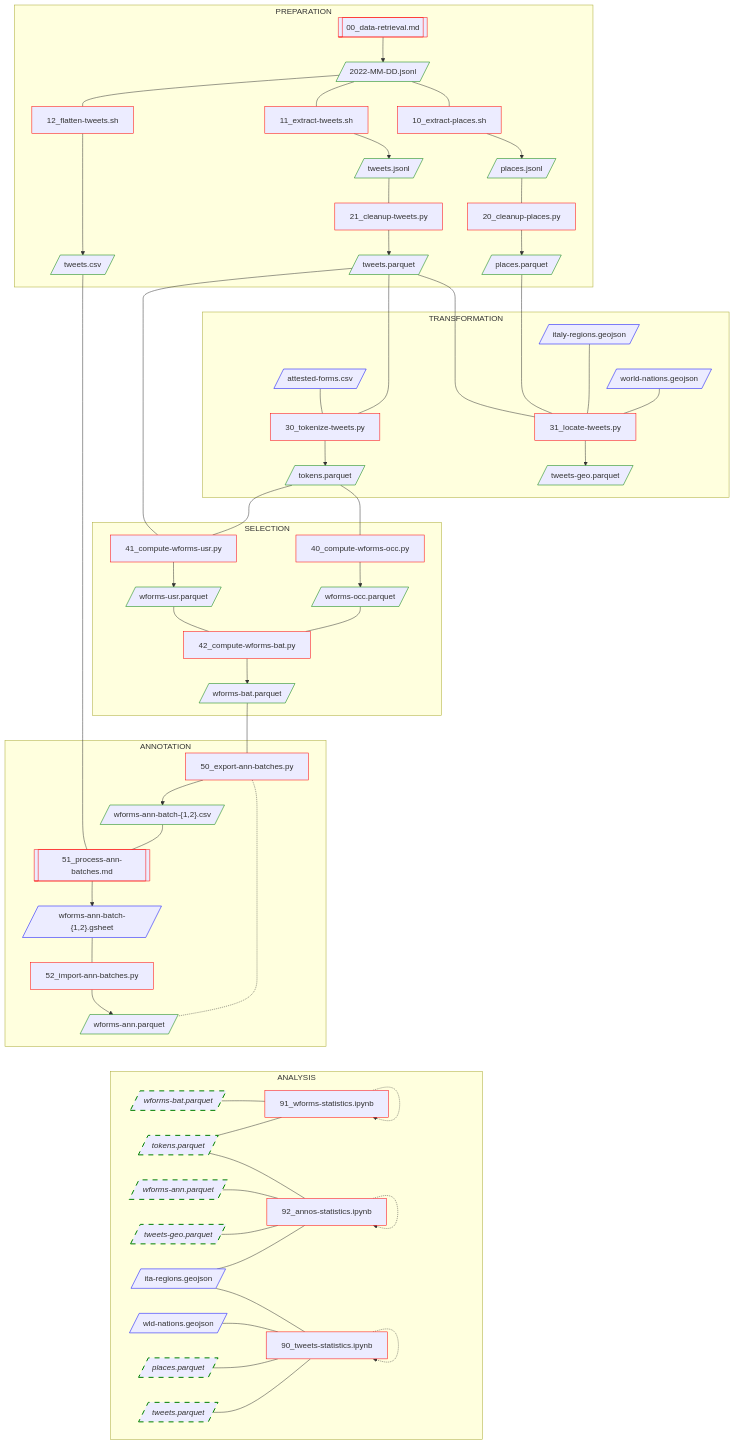
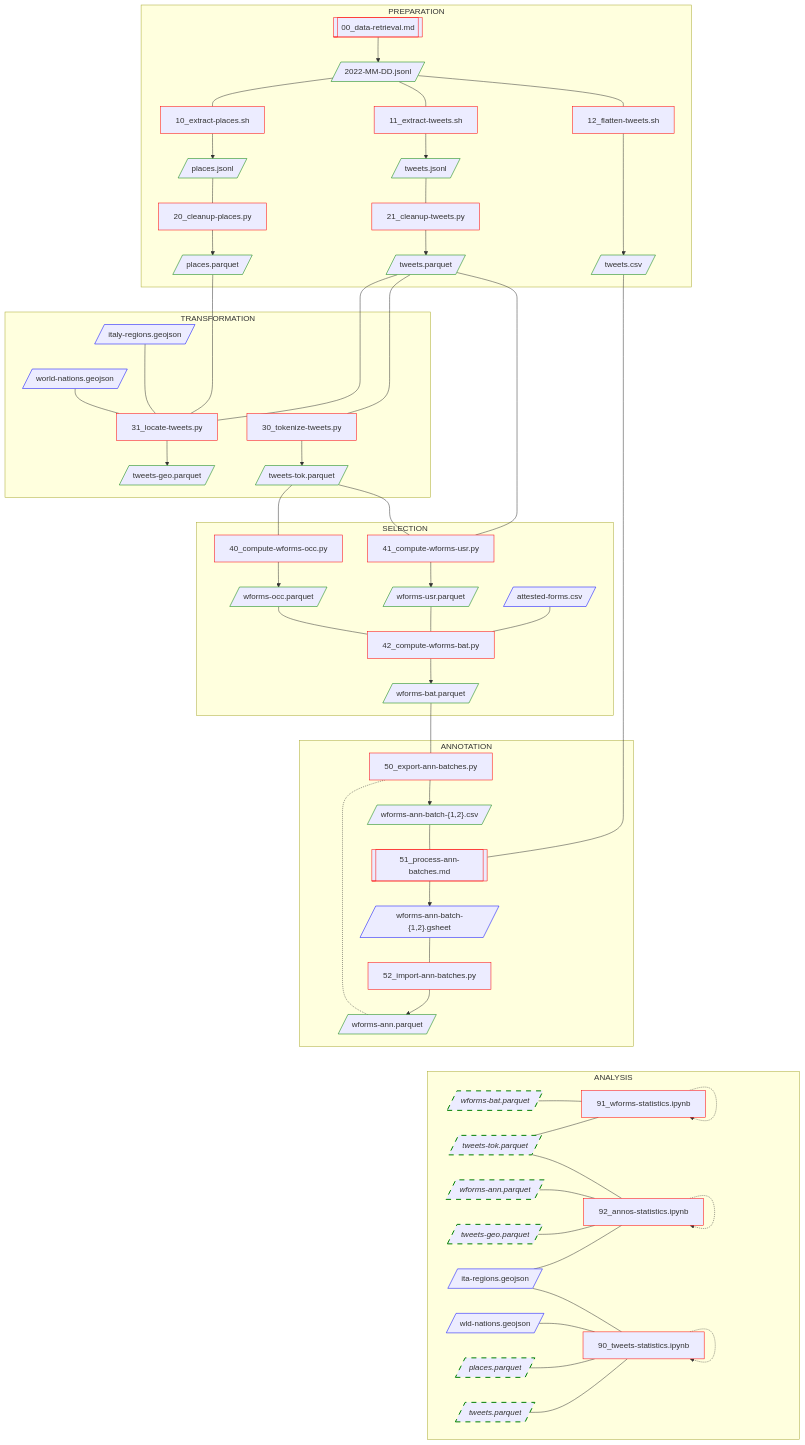
Before and after one commit to breviloquia-italica/pipeline: the diagram in README.md, drawn with Mermaid. The commit also changed 8 other files, not shown here.

Commit message:
Clean up handling of previously attested forms

```diff
--- a/README.md
+++ b/README.md
@@ -36,7 +36,7 @@
 30[30_tokenize-tweets.py]:::code;
 31[31_locate-tweets.py]:::code;
 
-tokens.parquet[/tokens.parquet/]:::data;
+tweets-tok.parquet[/tweets-tok.parquet/]:::data;
 tweets-geo.parquet[/tweets-geo.parquet/]:::data;
 
 _01[/world-nations.geojson/]:::extdata --- 31;
@@ -46,8 +46,7 @@
 31 --> tweets-geo.parquet;
 
 tweets.parquet --- 30;
-_03[/attested-forms.csv/]:::extdata --- 30;
-30 --> tokens.parquet;
+30 --> tweets-tok.parquet;
 
 end
 
@@ -61,13 +60,14 @@
 wforms-usr.parquet[/wforms-usr.parquet/]:::data;
 wforms-bat.parquet[/wforms-bat.parquet/]:::data;
 
-tokens.parquet --- 40 --> wforms-occ.parquet;
+tweets-tok.parquet --- 40 --> wforms-occ.parquet;
 
-tokens.parquet --- 41;
+tweets-tok.parquet --- 41;
 tweets.parquet --- 41;
 41 --> wforms-usr.parquet;
 
 wforms-occ.parquet --- 42;
+_03[/attested-forms.csv/]:::extdata --- 42;
 wforms-usr.parquet --- 42;
 42 --> wforms-bat.parquet;
 
@@ -105,14 +105,14 @@
 
 places.parquet.ref[/places.parquet/]:::dataref;
 tweets.parquet.ref[/tweets.parquet/]:::dataref;
-tokens.parquet.ref[/tokens.parquet/]:::dataref;
+tweets-tok.parquet.ref[/tweets-tok.parquet/]:::dataref;
 tweets-geo.parquet.ref[/tweets-geo.parquet/]:::dataref;
 wforms-bat.parquet.ref[/wforms-bat.parquet/]:::dataref;
 wforms-ann.parquet.ref[/wforms-ann.parquet/]:::dataref;
 
 wforms-bat.parquet.ref --- 91;
-tokens.parquet.ref --- 91;
-tokens.parquet.ref --- 92;
+tweets-tok.parquet.ref --- 91;
+tweets-tok.parquet.ref --- 92;
 wforms-ann.parquet.ref --- 92;
 tweets-geo.parquet.ref --- 92;
 _04[/ita-regions.geojson/]:::extdata --- 92;
```
